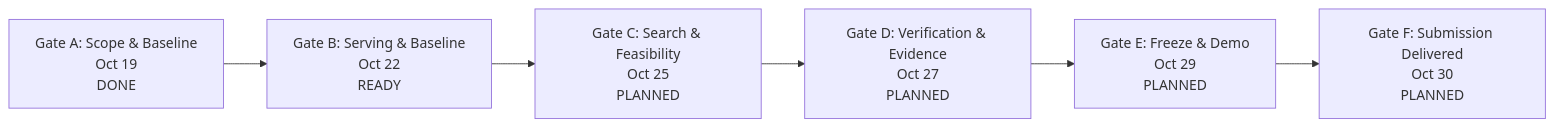
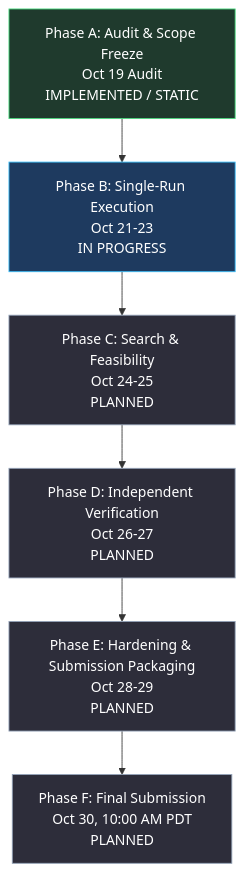
One commit to Daksh08122008/slokern changed the first of 2 diagrams in ROADMAP.md. Above: the diagram before and after it, drawn with Mermaid. The commit also changed other lines of this file and 3 other files, not shown here.

````diff
--- a/ROADMAP.md
+++ b/ROADMAP.md
@@ -439,8 +28,15 @@
 ```mermaid
-flowchart LR
-    GateA[Gate A: Scope & Baseline\nOct 19\nDONE] --> GateB[Gate B: Serving & Baseline\nOct 22\nREADY]
-    GateB --> GateC[Gate C: Search & Feasibility\nOct 25\nPLANNED]
-    GateC --> GateD[Gate D: Verification & Evidence\nOct 27\nPLANNED]
-    GateD --> GateE[Gate E: Freeze & Demo\nOct 29\nPLANNED]
-    GateE --> GateF[Gate F: Submission Delivered\nOct 30\nPLANNED]
+flowchart TD
+    PhaseA[Phase A: Audit & Scope Freeze\nOct 19 Audit\nIMPLEMENTED / STATIC] --> PhaseB[Phase B: Single-Run Execution\nOct 21-23\nIN PROGRESS]
+    PhaseB --> PhaseC[Phase C: Search & Feasibility\nOct 24-25\nPLANNED]
+    PhaseC --> PhaseD[Phase D: Independent Verification\nOct 26-27\nPLANNED]
+    PhaseD --> PhaseE[Phase E: Hardening & Submission Packaging\nOct 28-29\nPLANNED]
+    PhaseE --> PhaseF[Phase F: Final Submission\nOct 30, 10:00 AM PDT\nPLANNED]
+
+    classDef done fill:#1f3a2d,stroke:#4ade80,color:#fff;
+    classDef inprog fill:#1e3a5f,stroke:#38bdf8,color:#fff;
+    classDef planned fill:#2d2d3a,stroke:#94a3b8,color:#fff;
+    class PhaseA done;
+    class PhaseB inprog;
+    class PhaseC,PhaseD,PhaseE,PhaseF planned;
 ```
````
